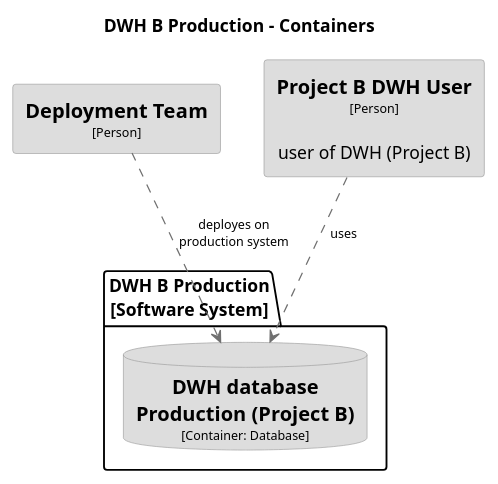
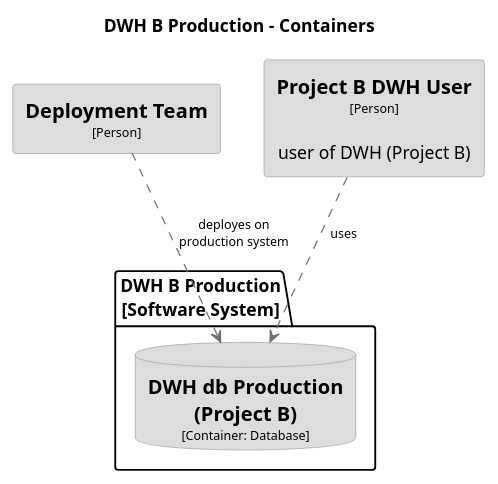
Before and after one commit to DataHandwerk/DataHandwerk-toolkit-mssql: the diagram in docs/src/c4_dsl/puml/structurizr-DWHBProduction-Container.puml, drawn with PlantUML. The commit also changed 36 other files, not shown here.

Commit message:
structurizr diagrams used in documentation

```diff
--- a/docs/src/c4_dsl/puml/structurizr-DWHBProduction-Container.puml
+++ b/docs/src/c4_dsl/puml/structurizr-DWHBProduction-Container.puml
@@ -1,35 +1,35 @@
 @startuml(id=DWHBProduction-Container)
 title DWH B Production - Containers
 
 skinparam {
   shadowing false
   arrowFontSize 10
   defaultTextAlignment center
   wrapWidth 200
   maxMessageSize 100
 }
 hide stereotype
 top to bottom direction
-skinparam database<<26>> {
+skinparam rectangle<<2>> {
   BackgroundColor #dddddd
   FontColor #000000
   BorderColor #9A9A9A
 }
-skinparam rectangle<<7>> {
+skinparam rectangle<<3>> {
   BackgroundColor #dddddd
   FontColor #000000
   BorderColor #9A9A9A
 }
-skinparam rectangle<<8>> {
+skinparam database<<21>> {
   BackgroundColor #dddddd
   FontColor #000000
   BorderColor #9A9A9A
 }
-rectangle "==Deployment Team\n<size:10>[Person]</size>" <<7>> as 7
-rectangle "==Project B DWH User\n<size:10>[Person]</size>\n\nuser of DWH (Project B)" <<8>> as 8
+rectangle "==Deployment Team\n<size:10>[Person]</size>" <<2>> as 2
+rectangle "==Project B DWH User\n<size:10>[Person]</size>\n\nuser of DWH (Project B)" <<3>> as 3
 package "DWH B Production\n[Software System]" {
-  database "==DWH database Production (Project B)\n<size:10>[Container: Database]</size>" <<26>> as 26
+  database "==DWH db Production (Project B)\n<size:10>[Container: Database]</size>" <<21>> as 21
 }
-7 .[#707070].> 26 : "deployes on production system"
-8 .[#707070].> 26 : "uses"
+2 .[#707070].> 21 : "deployes on production system"
+3 .[#707070].> 21 : "uses"
 @enduml
```
